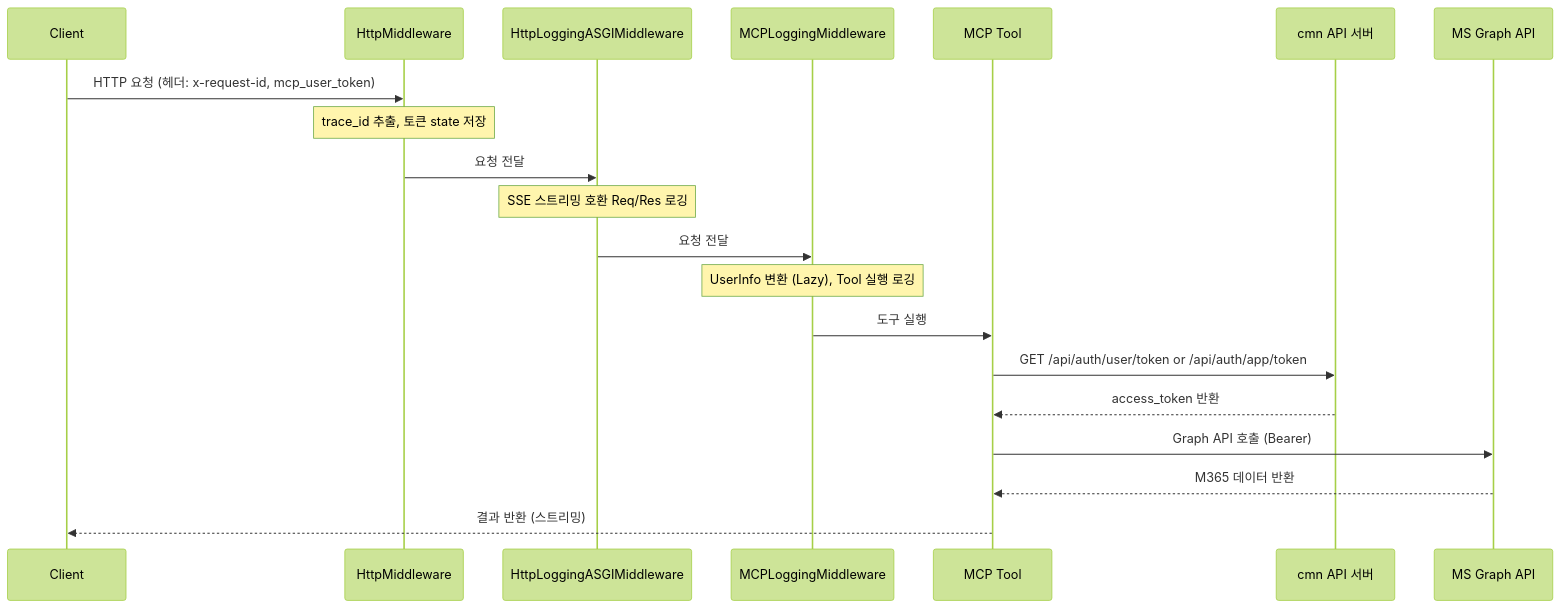
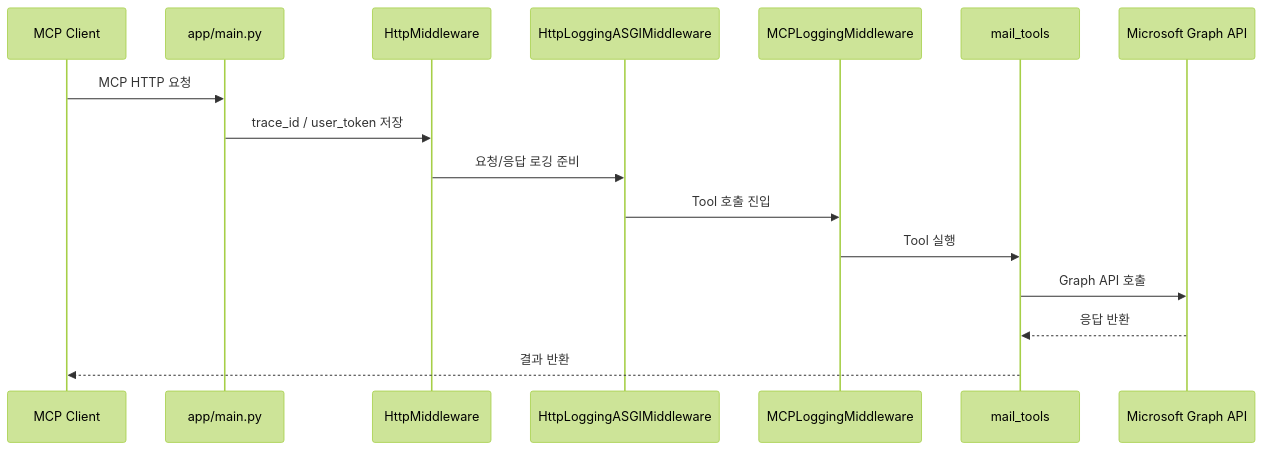
The third of 4 diagrams in README.md (leodev901/mcp-mail), drawn with Mermaid (forest theme) before and after one commit. The commit also changed other lines of this file and 2 other files, not shown here.

````diff
--- a/README.md
+++ b/README.md
@@ -214,23 +121,19 @@
 ```mermaid
 sequenceDiagram
-    participant Client
-    participant HTTP_MW as HttpMiddleware
-    participant ASGI_MW as HttpLoggingASGIMiddleware
-    participant MCP_MW as MCPLoggingMiddleware
-    participant Tool as MCP Tool
-    participant CMN as cmn API 서버
-    participant Graph as MS Graph API
+    participant Client as MCP Client
+    participant App as app/main.py
+    participant HTTP as HttpMiddleware
+    participant ASGI as HttpLoggingASGIMiddleware
+    participant MCP as MCPLoggingMiddleware
+    participant Tool as mail_tools
+    participant Graph as Microsoft Graph API
 
-    Client->>HTTP_MW: HTTP 요청 (헤더: x-request-id, mcp_user_token)
-    note over HTTP_MW: trace_id 추출, 토큰 state 저장
-    HTTP_MW->>ASGI_MW: 요청 전달
-    note over ASGI_MW: SSE 스트리밍 호환 Req/Res 로깅
-    ASGI_MW->>MCP_MW: 요청 전달
-    note over MCP_MW: UserInfo 변환 (Lazy), Tool 실행 로깅
-    MCP_MW->>Tool: 도구 실행
-    Tool->>CMN: GET /api/auth/user/token or /api/auth/app/token
-    CMN-->>Tool: access_token 반환
-    Tool->>Graph: Graph API 호출 (Bearer)
-    Graph-->>Tool: M365 데이터 반환
-    Tool-->>Client: 결과 반환 (스트리밍)
+    Client->>App: MCP HTTP 요청
+    App->>HTTP: trace_id / user_token 저장
+    HTTP->>ASGI: 요청/응답 로깅 준비
+    ASGI->>MCP: Tool 호출 진입
+    MCP->>Tool: Tool 실행
+    Tool->>Graph: Graph API 호출
+    Graph-->>Tool: 응답 반환
+    Tool-->>Client: 결과 반환
 ```
````
